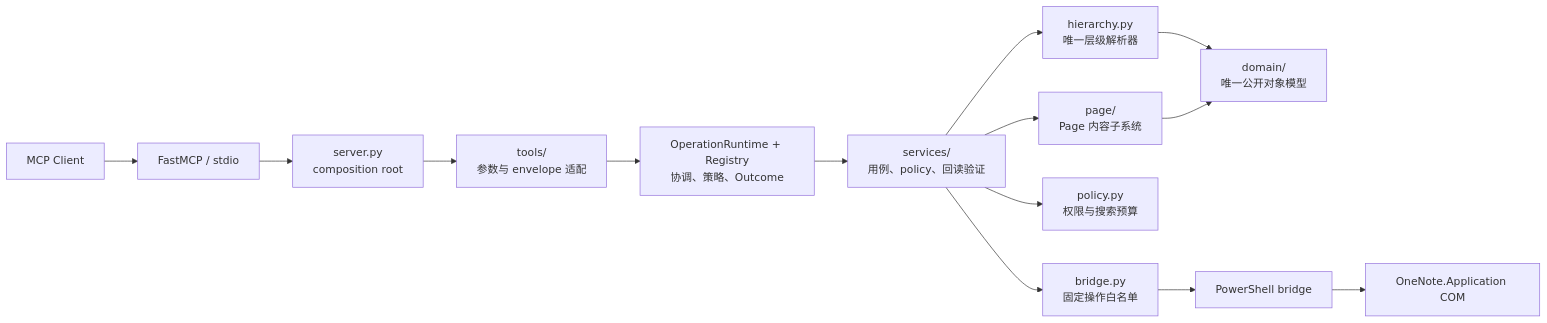
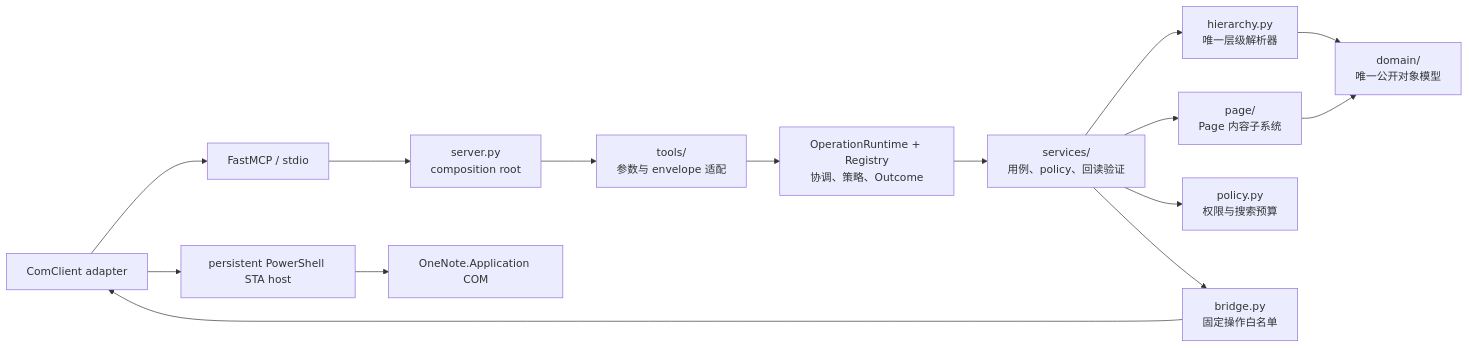
The first of 6 diagrams in docs/design/architecture.md (Kaomsos/onenote-com-mcp), drawn with Mermaid before and after one commit. The commit also changed other lines of this file and 71 other files, not shown here.

First line of the commit message:
feat: add persistent PowerShell COM host

````diff
--- a/docs/design/architecture.md
+++ b/docs/design/architecture.md
@@ -11,16 +11,17 @@
 ```mermaid
 flowchart LR
     Client["MCP Client"] --> FastMCP["FastMCP / stdio"]
     FastMCP --> Server["server.py\ncomposition root"]
     Server --> Tools["tools/\n参数与 envelope 适配"]
     Tools --> Runtime["OperationRuntime + Registry\n协调、策略、Outcome"]
     Runtime --> Services["services/\n用例、policy、回读验证"]
     Services --> Hierarchy["hierarchy.py\n唯一层级解析器"]
     Services --> Page["page/\nPage 内容子系统"]
     Hierarchy --> Domain["domain/\n唯一公开对象模型"]
     Page --> Domain
     Services --> Policy["policy.py\n权限与搜索预算"]
     Services --> Bridge["bridge.py\n固定操作白名单"]
-    Bridge --> PowerShell["PowerShell bridge"]
-    PowerShell --> COM["OneNote.Application COM"]
+    Bridge --> Client["ComClient adapter"]
+    Client --> Host["persistent PowerShell STA host"]
+    Host --> COM["OneNote.Application COM"]
 ```
````
